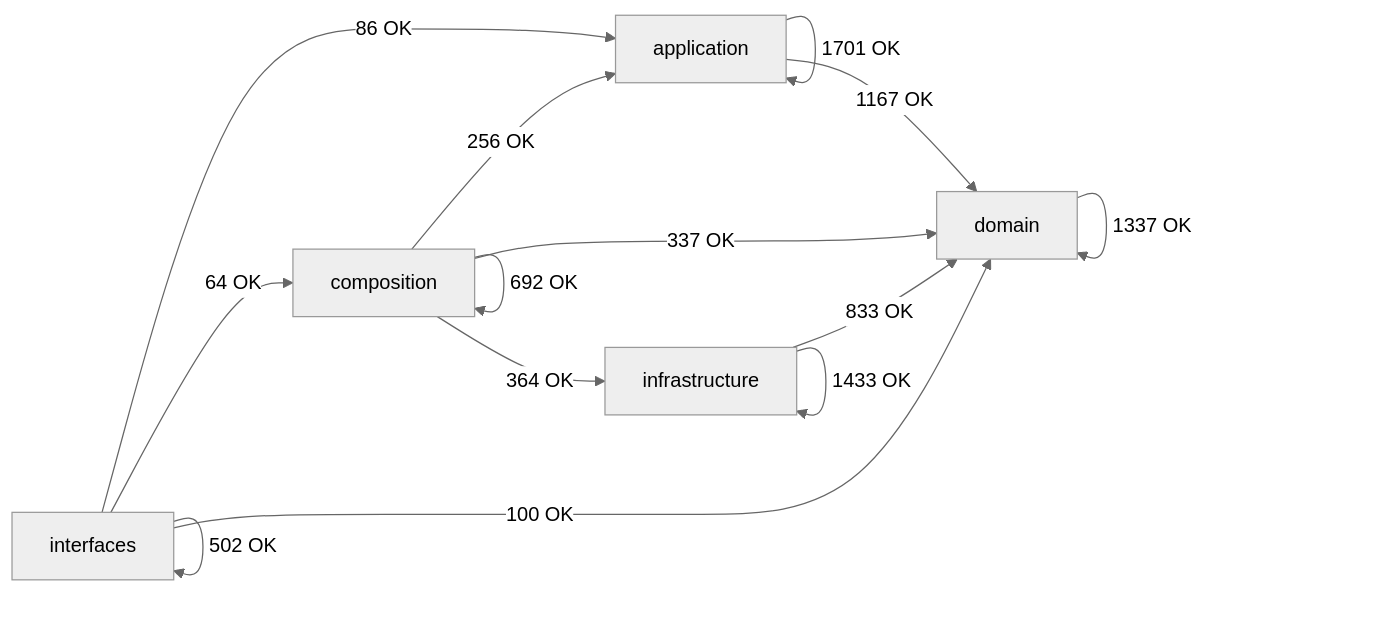
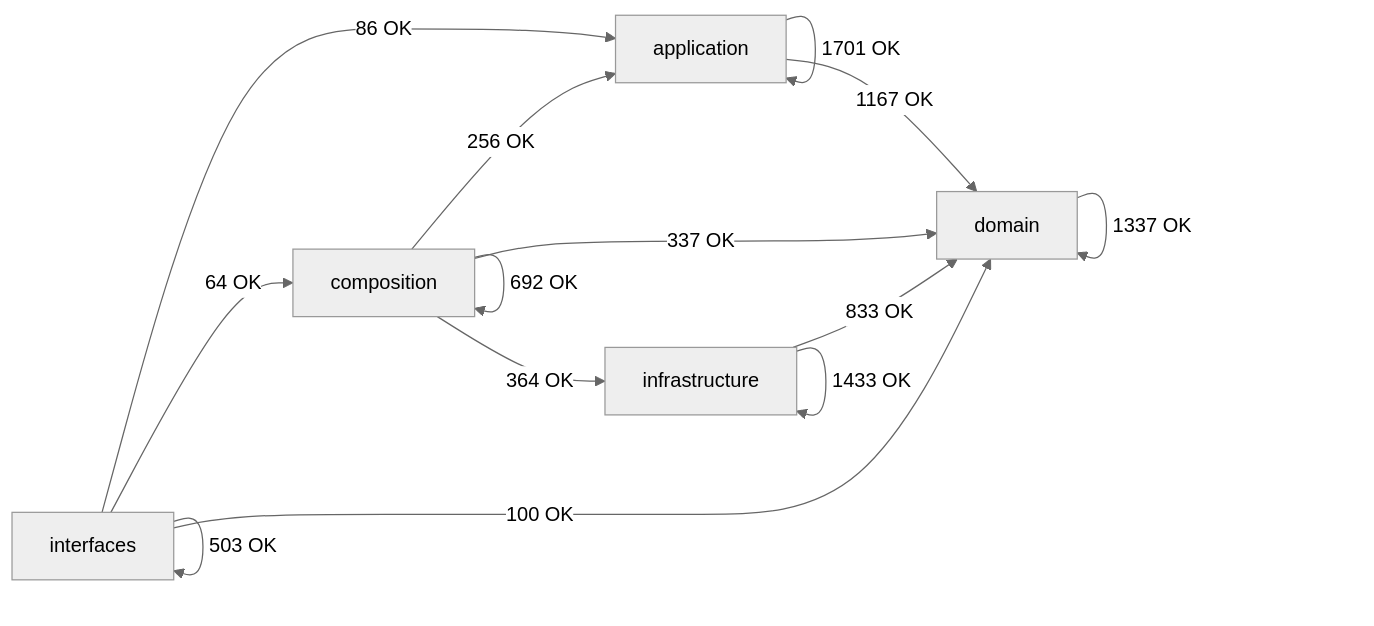
Before and after one commit to SatoryKono/BioactivityDataAcquisition: the diagram in docs/02-architecture/generated/module-dependency-map.md, drawn with Mermaid (neutral theme). The commit also changed other lines of this file and 11 other files, not shown here.

````diff
--- a/docs/02-architecture/generated/module-dependency-map.md
+++ b/docs/02-architecture/generated/module-dependency-map.md
@@ -17,21 +17,21 @@
 ```mermaid
 flowchart LR
     domain[domain]
     application[application]
     infrastructure[infrastructure]
     composition[composition]
     interfaces[interfaces]
     application -->|1701 OK| application
     application -->|1167 OK| domain
     composition -->|256 OK| application
     composition -->|692 OK| composition
     composition -->|337 OK| domain
     composition -->|364 OK| infrastructure
     domain -->|1337 OK| domain
     infrastructure -->|833 OK| domain
     infrastructure -->|1433 OK| infrastructure
     interfaces -->|86 OK| application
     interfaces -->|64 OK| composition
     interfaces -->|100 OK| domain
-    interfaces -->|502 OK| interfaces
+    interfaces -->|503 OK| interfaces
 ```
````
